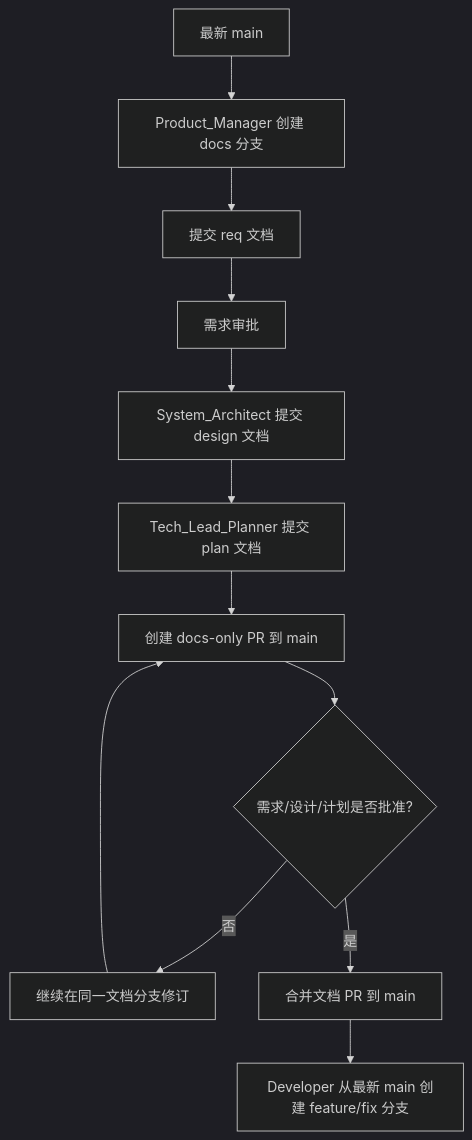
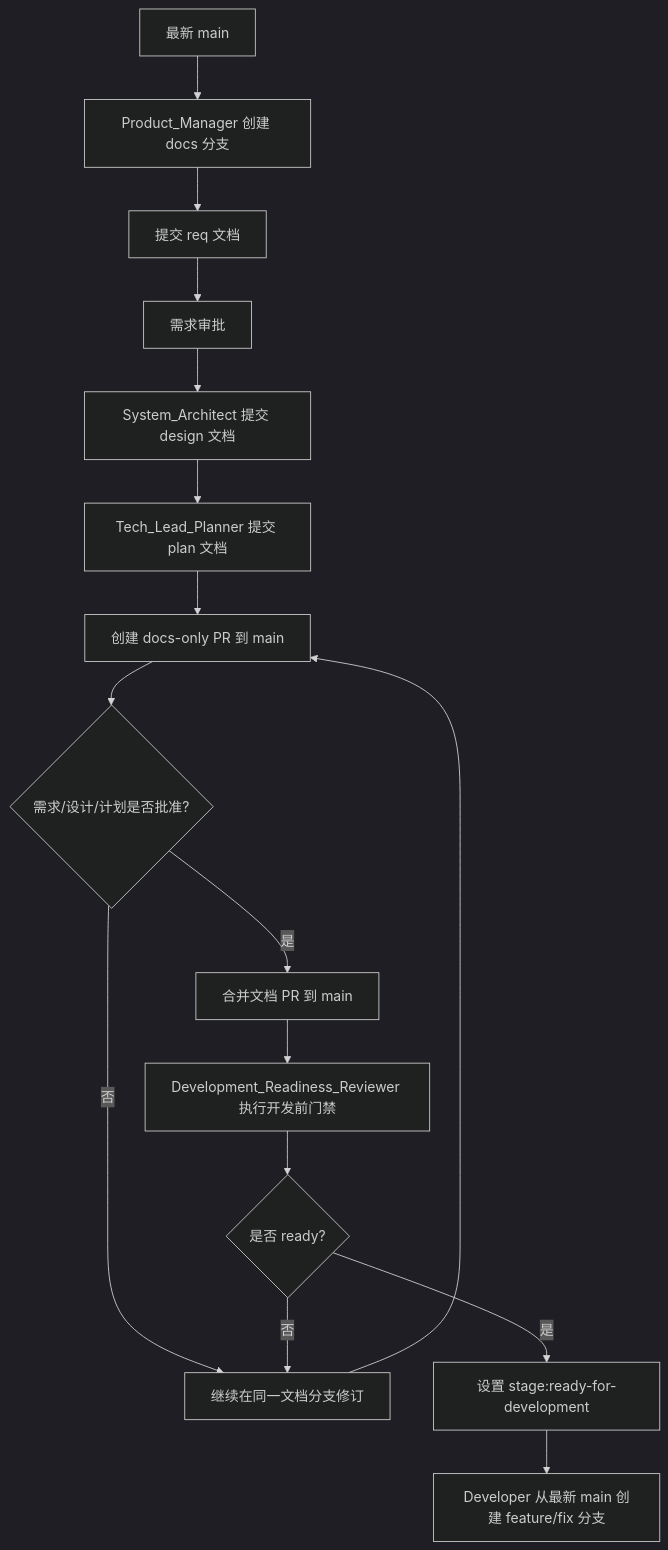
One commit to JumpStarGroup/health_platform changed the sixth of 17 diagrams in docs/PROJECT-WORKFLOW-ROLES.md. Above: the diagram before and after it, drawn with Mermaid (dark theme). The commit also changed other lines of this file and 10 other files, not shown here.

First line of the commit message:
docs: split development readiness review

````diff
--- a/docs/PROJECT-WORKFLOW-ROLES.md
+++ b/docs/PROJECT-WORKFLOW-ROLES.md
@@ -192,14 +251,18 @@
 ```mermaid
 flowchart TD
     A[最新 main] --> B[Product_Manager 创建 docs 分支]
     B --> C[提交 req 文档]
     C --> D[需求审批]
     D --> E[System_Architect 提交 design 文档]
     E --> F[Tech_Lead_Planner 提交 plan 文档]
     F --> G[创建 docs-only PR 到 main]
     G --> H{需求/设计/计划是否批准?}
     H -- 否 --> I[继续在同一文档分支修订]
     I --> G
     H -- 是 --> J[合并文档 PR 到 main]
-    J --> K[Developer 从最新 main 创建 feature/fix 分支]
+    J --> K[Development_Readiness_Reviewer 执行开发前门禁]
+    K --> L{是否 ready?}
+    L -- 否 --> I
+    L -- 是 --> M[设置 stage:ready-for-development]
+    M --> N[Developer 从最新 main 创建 feature/fix 分支]
 ```
````
